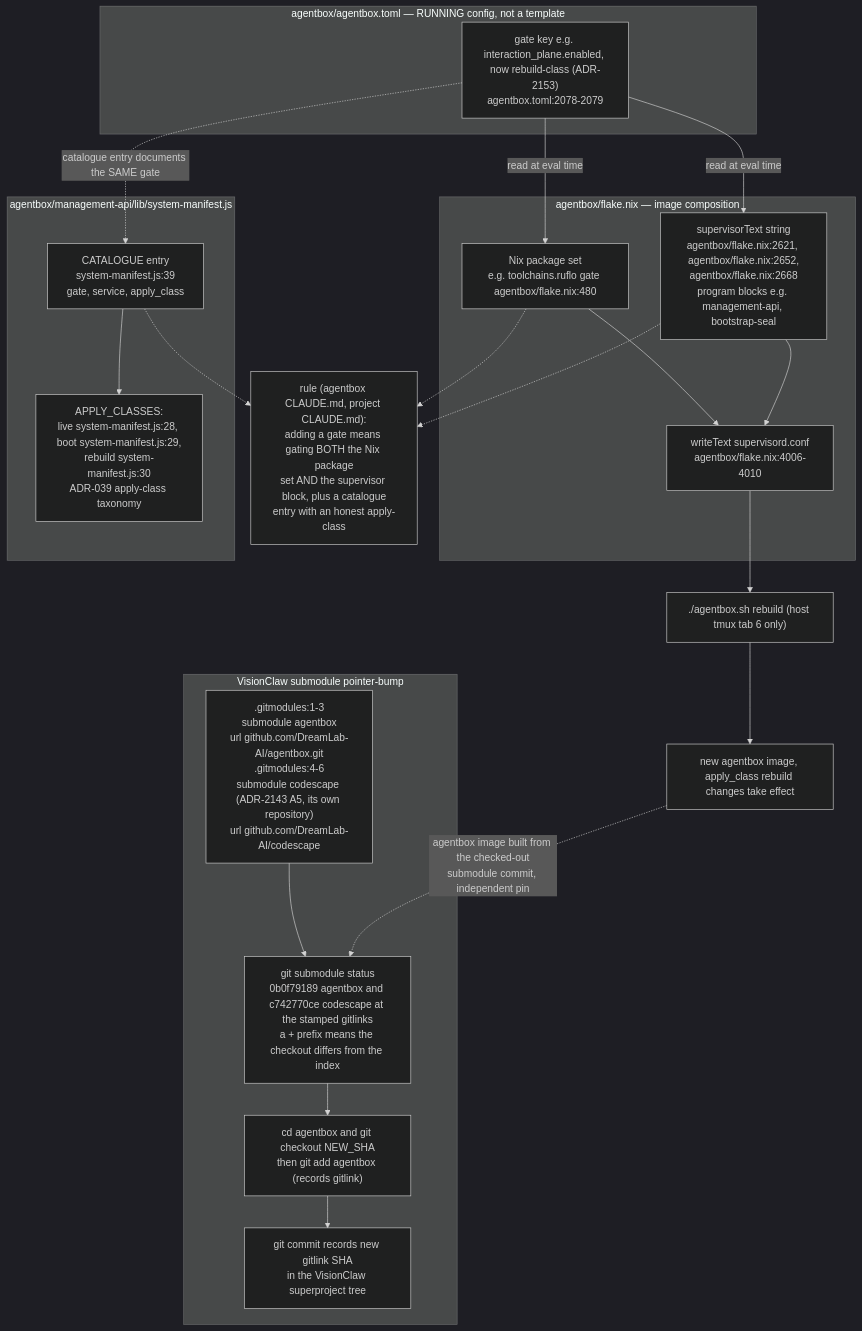
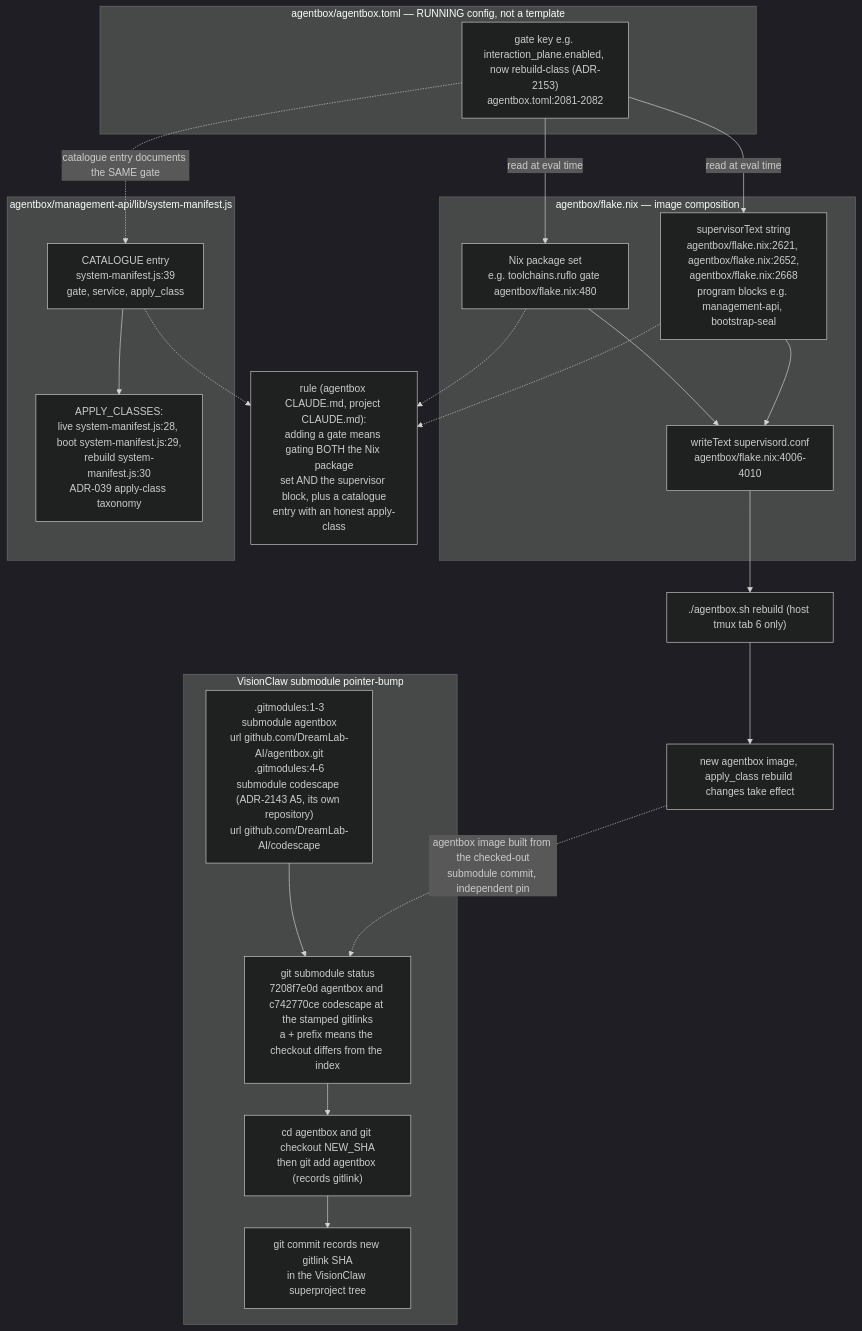
One commit to DreamLab-AI/VisionFlow changed the tenth of 24 diagrams in docs/diagrams/estate/09-build-deploy-and-ci-estate.md. Above: the diagram before and after it, drawn with Mermaid (dark theme). The commit also changed other lines of this file and 142 other files, not shown here.

First line of the commit message:
docs(diagrams): one System One route; re-verify 140 topics at today's heads

````diff
--- a/docs/diagrams/estate/09-build-deploy-and-ci-estate.md
+++ b/docs/diagrams/estate/09-build-deploy-and-ci-estate.md
@@ -386,42 +386,42 @@
 ```mermaid
 flowchart TB
     subgraph FLAKE["agentbox/flake.nix — image composition"]
         NIXPKG["Nix package set<br/>e.g. toolchains.ruflo gate agentbox/flake.nix:480"]
         SUPTEXT["supervisorText string<br/>agentbox/flake.nix:2621, agentbox/flake.nix:2652,<br/>agentbox/flake.nix:2668<br/>program blocks e.g. management-api, bootstrap-seal"]
         SUPWRITE["writeText supervisord.conf<br/>agentbox/flake.nix:4006-4010"]
     end
     subgraph TOML["agentbox/agentbox.toml — RUNNING config, not a template"]
-        GATEKEY["gate key e.g. interaction_plane.enabled, now rebuild-class (ADR-2153)<br/>agentbox.toml:2078-2079"]
+        GATEKEY["gate key e.g. interaction_plane.enabled, now rebuild-class (ADR-2153)<br/>agentbox.toml:2081-2082"]
     end
     subgraph MANIFEST["agentbox/management-api/lib/system-manifest.js"]
         CATALOGUE["CATALOGUE entry<br/>system-manifest.js:39<br/>gate, service, apply_class"]
         APPLYCLASS["APPLY_CLASSES:<br/>live system-manifest.js:28, boot system-manifest.js:29,<br/>rebuild system-manifest.js:30<br/>ADR-039 apply-class taxonomy"]
     end
 
     GATEKEY -->|"read at eval time"| NIXPKG
     GATEKEY -->|"read at eval time"| SUPTEXT
     NIXPKG --> SUPWRITE
     SUPTEXT --> SUPWRITE
     GATEKEY -.->|"catalogue entry documents the SAME gate"| CATALOGUE
     CATALOGUE --> APPLYCLASS
 
     RULE["rule (agentbox CLAUDE.md, project CLAUDE.md):<br/>adding a gate means gating BOTH the Nix package<br/>set AND the supervisor block, plus a catalogue<br/>entry with an honest apply-class"]
     NIXPKG -.-> RULE
     SUPTEXT -.-> RULE
     CATALOGUE -.-> RULE
 
     REBUILD["./agentbox.sh rebuild (host tmux tab 6 only)"]
     SUPWRITE --> REBUILD
     REBUILD --> IMAGE["new agentbox image, apply_class rebuild changes take effect"]
 
     subgraph SUBMOD["VisionClaw submodule pointer-bump"]
         GITMODULES[".gitmodules:1-3<br/>submodule agentbox<br/>url github.com/DreamLab-AI/agentbox.git<br/>.gitmodules:4-6<br/>submodule codescape (ADR-2143 A5, its own repository)<br/>url github.com/DreamLab-AI/codescape"]
-        SUBSTATUS["git submodule status<br/>0b0f79189 agentbox and c742770ce codescape at the stamped gitlinks<br/>a + prefix means the checkout differs from the index"]
+        SUBSTATUS["git submodule status<br/>7208f7e0d agentbox and c742770ce codescape at the stamped gitlinks<br/>a + prefix means the checkout differs from the index"]
         SUBUPDATE["cd agentbox and git checkout NEW_SHA<br/>then git add agentbox (records gitlink)"]
         SUBCOMMIT["git commit records new gitlink SHA<br/>in the VisionClaw superproject tree"]
     end
     GITMODULES --> SUBSTATUS
     SUBSTATUS --> SUBUPDATE
     SUBUPDATE --> SUBCOMMIT
     IMAGE -.->|"agentbox image built from the checked-out<br/>submodule commit, independent pin"| SUBSTATUS
 ```
````
